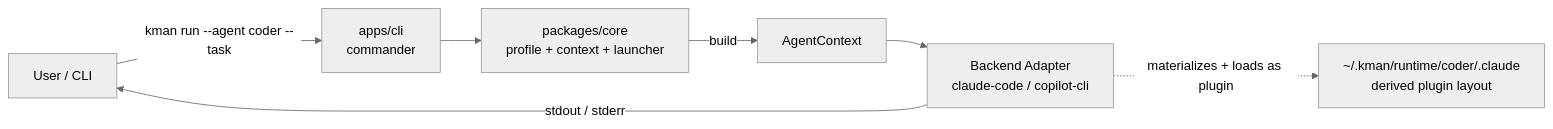
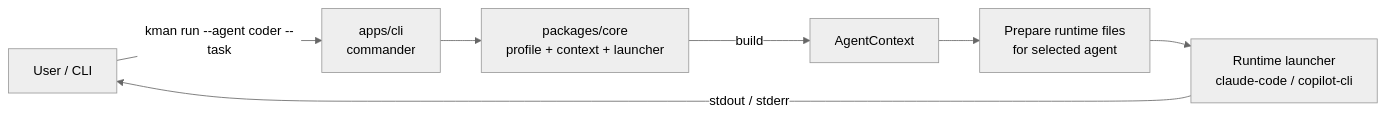
One commit to unliftedq/kman changed the first of 2 diagrams in docs/architecture.md. Above: the diagram before and after it, drawn with Mermaid (neutral theme). The commit also changed other lines of this file and 11 other files, not shown here.

````diff
--- a/docs/architecture.md
+++ b/docs/architecture.md
@@ -7,9 +7,9 @@
 ```mermaid
 flowchart LR
     user[User / CLI] -->|kman run --agent coder --task| cli[apps/cli<br/>commander]
     cli --> core[packages/core<br/>profile + context + launcher]
     core -->|build| ctx[AgentContext]
-    ctx --> backend[Backend Adapter<br/>claude-code / copilot-cli]
-    backend -.materializes + loads as plugin.-> dir[~/.kman/runtime/coder/.claude<br/>derived plugin layout]
+    ctx --> prep[Prepare runtime files<br/>for selected agent]
+    prep --> backend[Runtime launcher<br/>claude-code / copilot-cli]
     backend -->|stdout / stderr| user
 ```
````
